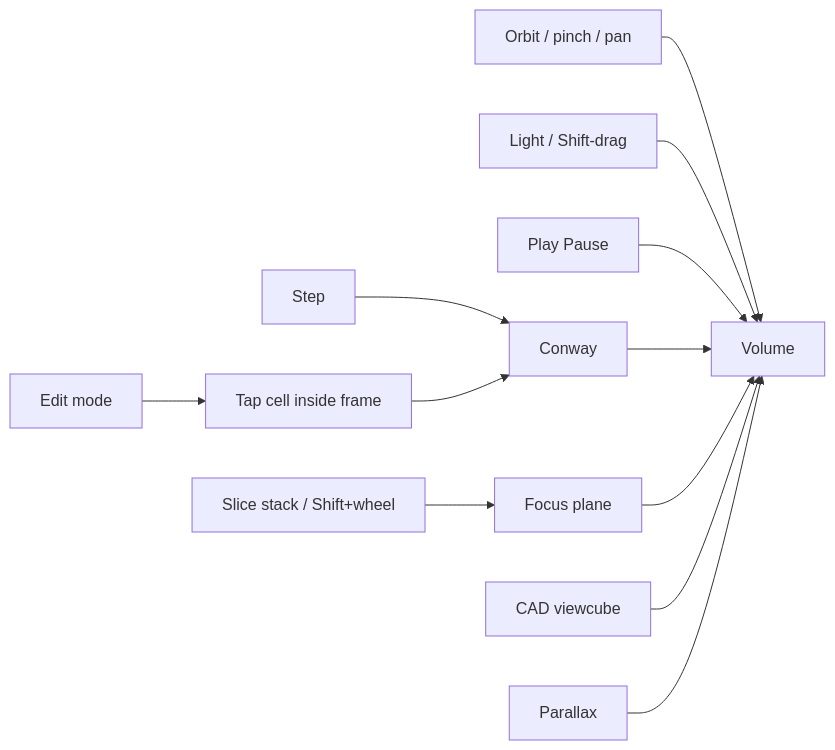
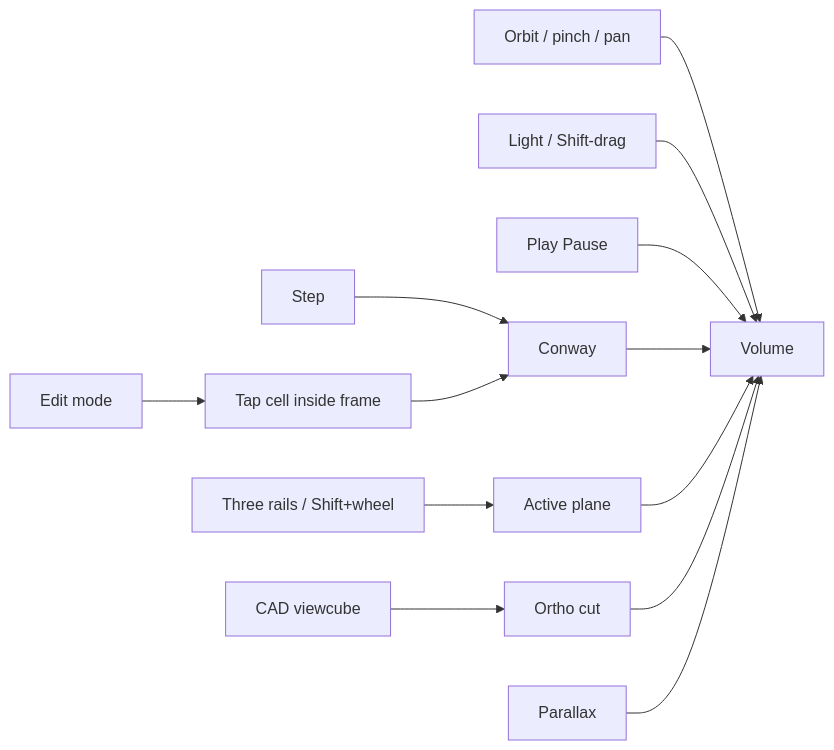
One commit to PiMaV/DONNER changed the first of 11 diagrams in docs/gui.md. Above: the diagram before and after it, drawn with Mermaid. The commit also changed other lines of this file and 27 other files, not shown here.

````diff
--- a/docs/gui.md
+++ b/docs/gui.md
@@ -8,14 +8,15 @@
 ```mermaid
 flowchart LR
   orbit[Orbit / pinch / pan] --> scene[Volume]
   light[Light / Shift-drag] --> scene
   play[Play Pause] --> scene
   step[Step] --> sim[Conway]
   sim --> scene
-  scrub[Slice stack / Shift+wheel] --> plane[Focus plane]
+  scrub[Three rails / Shift+wheel] --> plane[Active plane]
   plane --> scene
   edit[Edit mode] --> paint[Tap cell inside frame]
   paint --> sim
-  gizmo[CAD viewcube] --> scene
+  gizmo[CAD viewcube] --> cut[Ortho cut]
+  cut --> scene
   para[Parallax] --> scene
 ```
````
